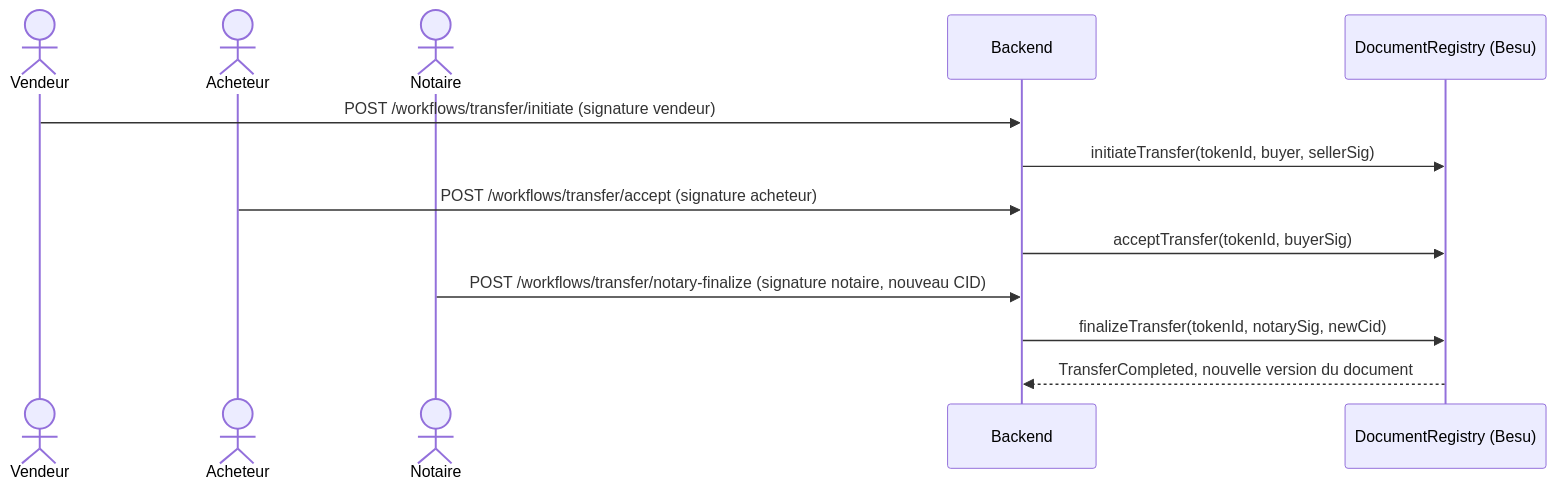
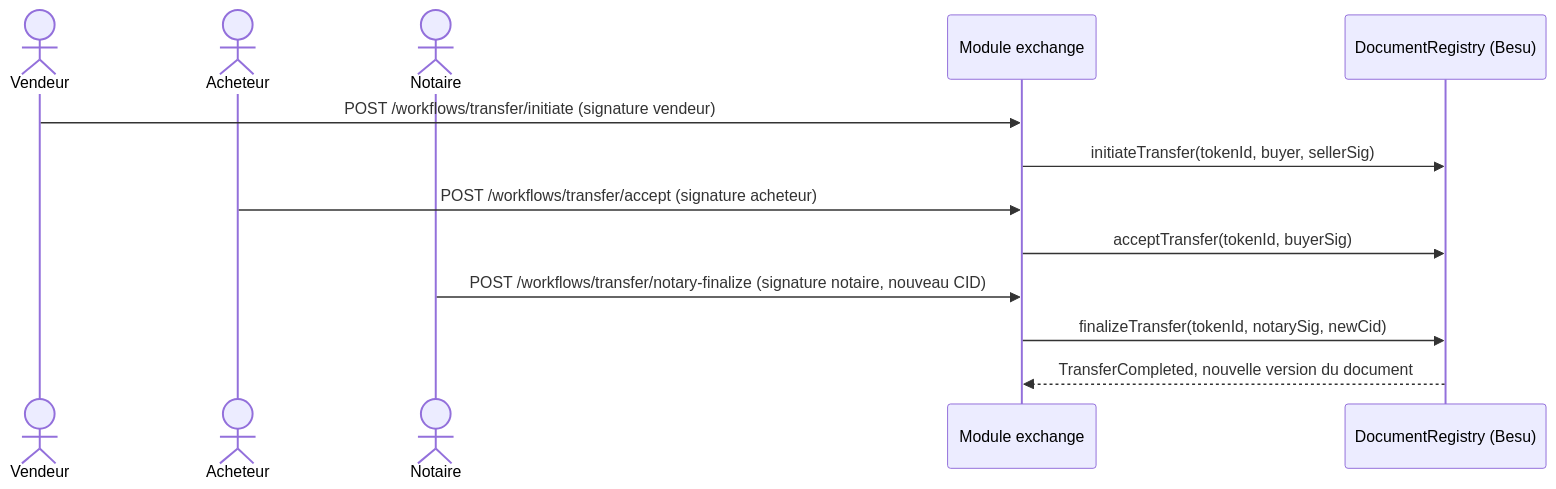
One commit to diawba94-git/trust-platform-mvp changed the fourth of 4 diagrams in docs/02-ARCHITECTURE.md. Above: the diagram before and after it, drawn with Mermaid. The commit also changed other lines of this file and 289 other files, not shown here.

````diff
--- a/docs/02-ARCHITECTURE.md
+++ b/docs/02-ARCHITECTURE.md
@@ -235,16 +277,16 @@
 ```mermaid
 sequenceDiagram
     actor Seller as Vendeur
     actor Buyer as Acheteur
     actor Notary as Notaire
-    participant API as Backend
+    participant API as Module exchange
     participant Chain as DocumentRegistry (Besu)
 
     Seller->>API: POST /workflows/transfer/initiate (signature vendeur)
     API->>Chain: initiateTransfer(tokenId, buyer, sellerSig)
     Buyer->>API: POST /workflows/transfer/accept (signature acheteur)
     API->>Chain: acceptTransfer(tokenId, buyerSig)
     Notary->>API: POST /workflows/transfer/notary-finalize (signature notaire, nouveau CID)
     API->>Chain: finalizeTransfer(tokenId, notarySig, newCid)
     Chain-->>API: TransferCompleted, nouvelle version du document
 ```
````
